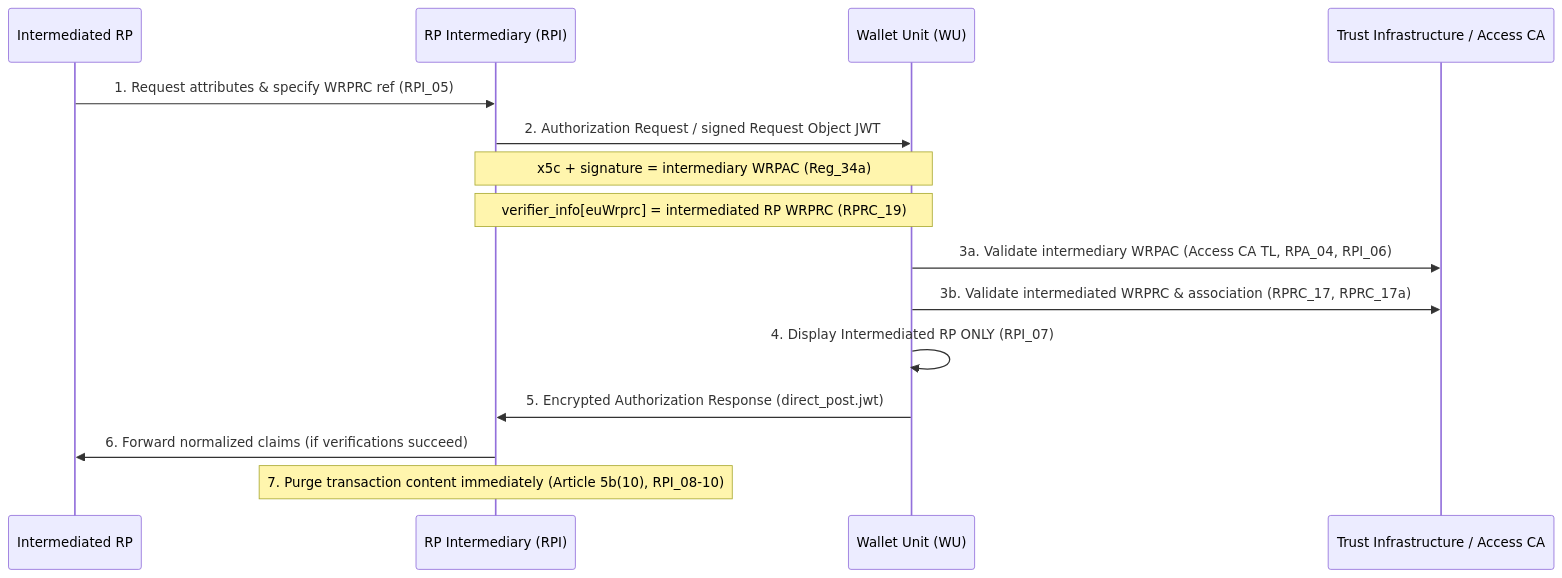
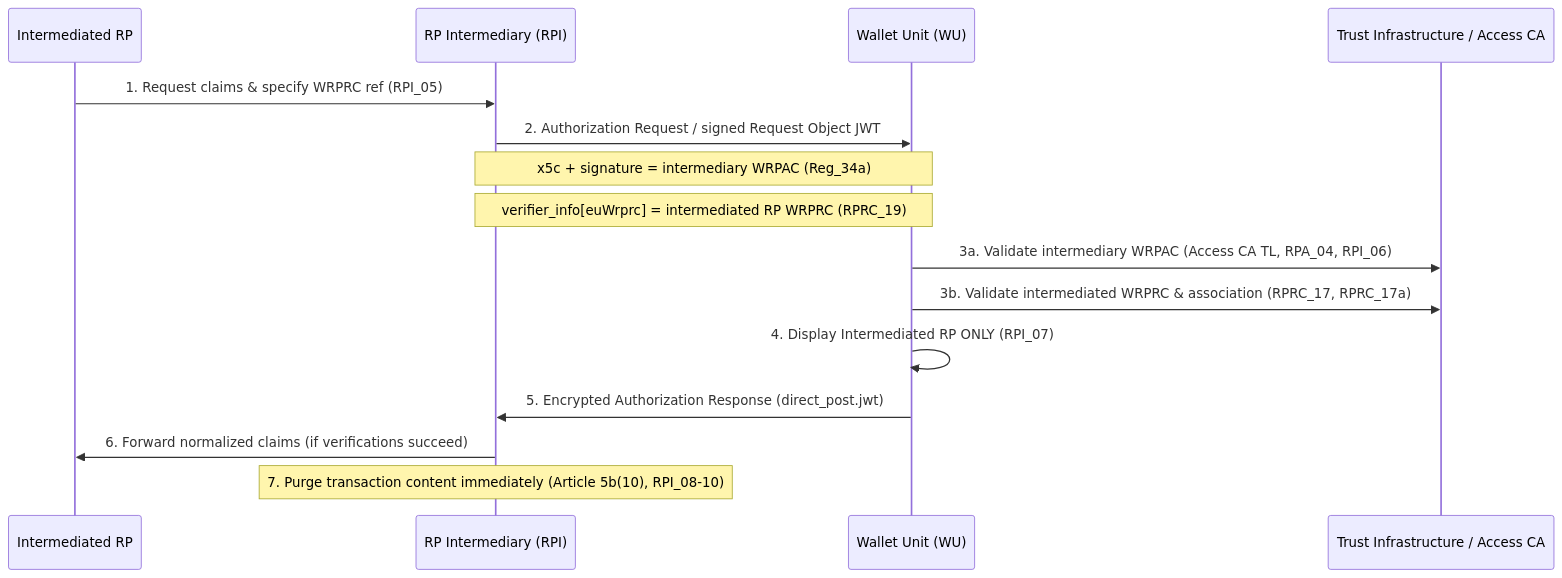
Before and after one commit to webuild-consortium/wp4-architecture: the second of 2 diagrams in conformance-specs/cs-13-intermediary-services-preflight.md, drawn with Mermaid.

````diff
--- a/conformance-specs/cs-13-intermediary-services-preflight.md
+++ b/conformance-specs/cs-13-intermediary-services-preflight.md
@@ -98,18 +98,18 @@
 ```mermaid
 sequenceDiagram
     participant IRP as Intermediated RP
     participant INT as RP Intermediary (RPI)
     participant W as Wallet Unit (WU)
     participant TL as Trust Infrastructure / Access CA
 
-    IRP->>INT: 1. Request attributes & specify WRPRC ref (RPI_05)
+    IRP->>INT: 1. Request claims & specify WRPRC ref (RPI_05)
     INT->>W: 2. Authorization Request / signed Request Object JWT
     Note over INT,W: x5c + signature = intermediary WRPAC (Reg_34a)
     Note over INT,W: verifier_info[euWrprc] = intermediated RP WRPRC (RPRC_19)
     W->>TL: 3a. Validate intermediary WRPAC (Access CA TL, RPA_04, RPI_06)
     W->>TL: 3b. Validate intermediated WRPRC & association (RPRC_17, RPRC_17a)
     W->>W: 4. Display Intermediated RP ONLY (RPI_07)
     W->>INT: 5. Encrypted Authorization Response (direct_post.jwt)
     INT->>IRP: 6. Forward normalized claims (if verifications succeed)
     Note over INT: 7. Purge transaction content immediately (Article 5b(10), RPI_08-10)
 ```
````
